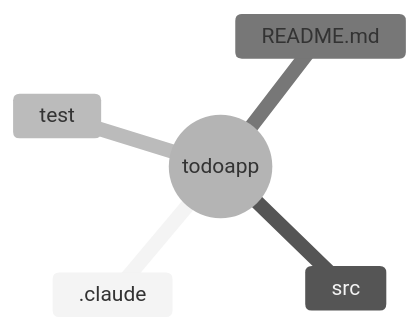
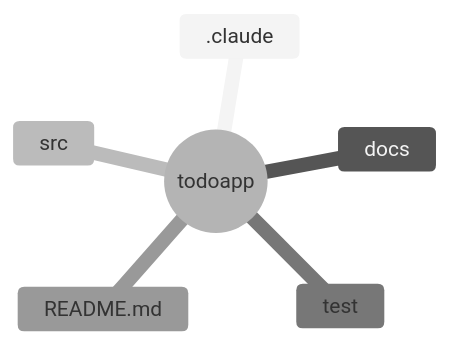
Before and after one commit to PdevJN/todoapp: the diagram in .claude/RULE.md, drawn with Mermaid (neutral theme). The commit also changed 7 other files, not shown here.

````diff
--- a/.claude/RULE.md
+++ b/.claude/RULE.md
@@ -5,8 +5,9 @@
 ```mermaid
 mindmap
   root((todoapp))
     .claude
+    docs
     src
     test
     README.md
 ```
````
